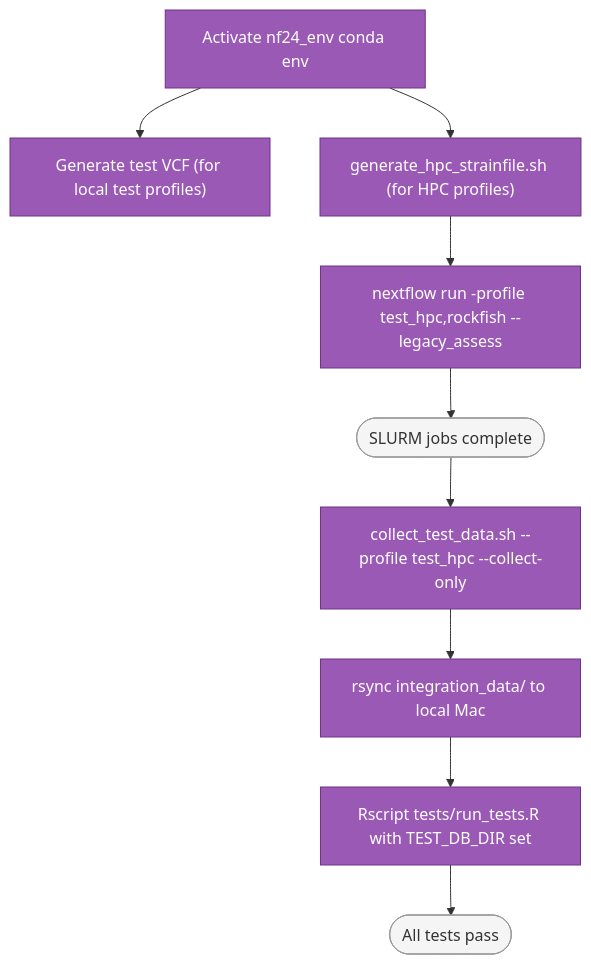
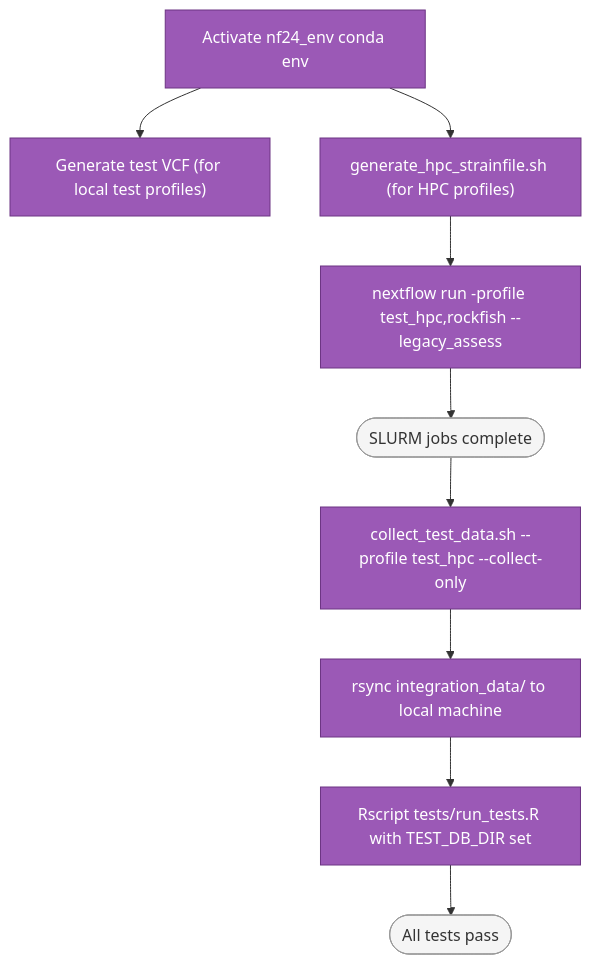
One commit to AndersenLab/nemascan-sims-nf changed the diagram in docs/testing-hpc.qmd. Above: the diagram before and after it, drawn with Mermaid. The commit also changed other lines of this file and 11 other files, not shown here.

````diff
--- a/docs/testing-hpc.qmd
+++ b/docs/testing-hpc.qmd
@@ -14,19 +22,19 @@
 ```{mermaid}
 %%{init: {'themeVariables': {'fontSize': '16px'}}}%%
 flowchart TD
     classDef step fill:#9b59b6,stroke:#6c3483,color:#fff
     classDef data fill:#f5f5f5,stroke:#999,color:#333
 
     ENV["Activate nf24_env conda env"]:::step
     VCF["Generate test VCF (for local test profiles)"]:::step
     STRAIN["generate_hpc_strainfile.sh (for HPC profiles)"]:::step
     RUN["nextflow run -profile test_hpc,rockfish --legacy_assess"]:::step
     WAIT(["SLURM jobs complete"]):::data
     COLLECT["collect_test_data.sh --profile test_hpc --collect-only"]:::step
-    RSYNC["rsync integration_data/ to local Mac"]:::step
+    RSYNC["rsync integration_data/ to local machine"]:::step
     TEST["Rscript tests/run_tests.R with TEST_DB_DIR set"]:::step
     DONE(["All tests pass"]):::data
 
     ENV --> VCF
     ENV --> STRAIN --> RUN --> WAIT --> COLLECT --> RSYNC --> TEST --> DONE
 ```
````
